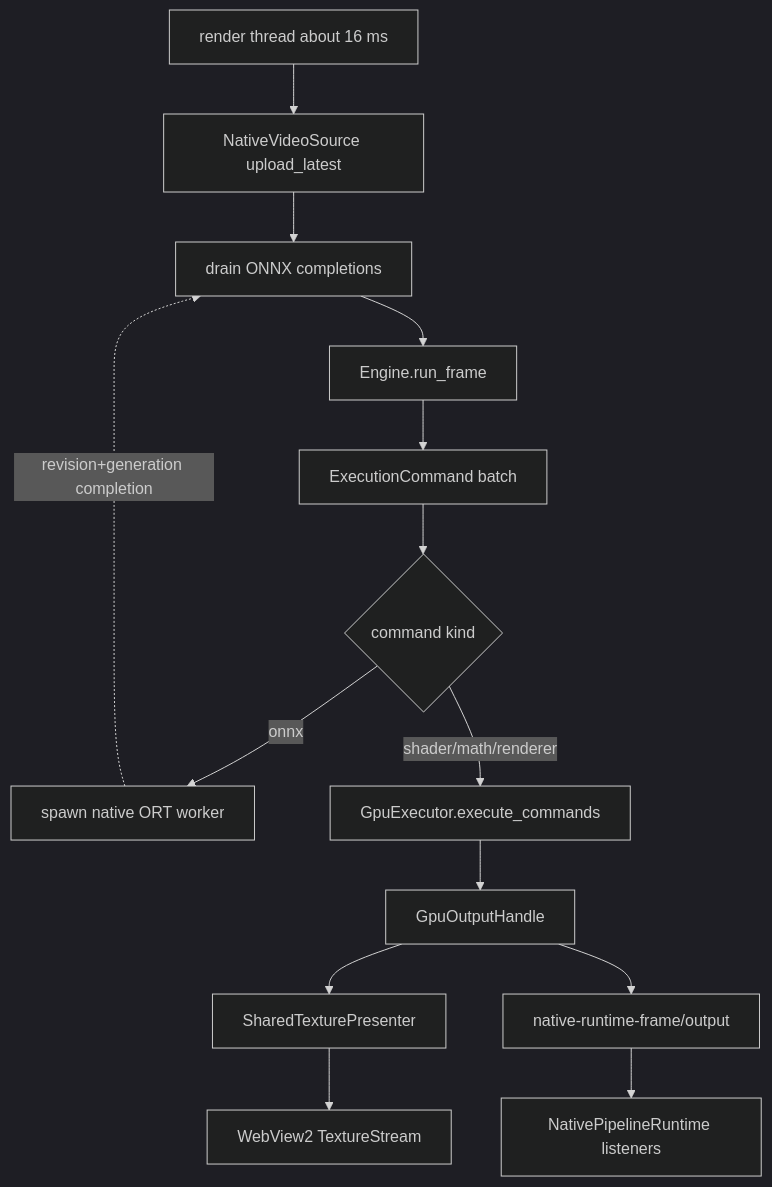
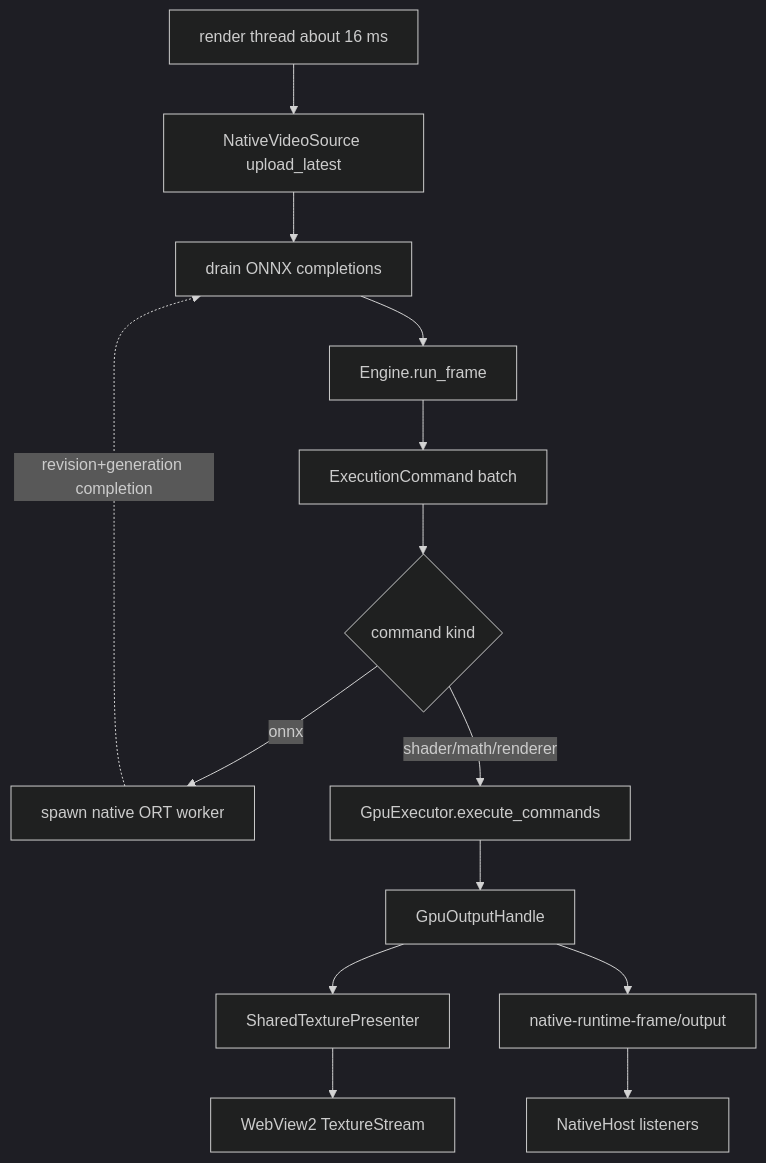
One commit to sanitor/open_quartz changed diagram 11 of 12 in docs/DESIGN.md. Above: the diagram before and after it, drawn with Mermaid (dark theme). The commit also changed other lines of this file, not shown here.

Commit message:
docs: update architecture baseline and thin TypeScript roadmap

````diff
--- a/docs/DESIGN.md
+++ b/docs/DESIGN.md
@@ -735,24 +955,24 @@
 ```mermaid
 flowchart TD
     Tick[render thread about 16 ms]
     Video[NativeVideoSource upload_latest]
     Completion[drain ONNX completions]
     Engine[Engine.run_frame]
     Commands[ExecutionCommand batch]
     Split{command kind}
     Ort[spawn native ORT worker]
     Gpu[GpuExecutor.execute_commands]
     Output[GpuOutputHandle]
     Presenter[SharedTexturePresenter]
     Meta[native-runtime-frame/output]
 
     Tick --> Video --> Completion --> Engine --> Commands --> Split
     Split -->|onnx| Ort
     Split -->|shader/math/renderer| Gpu
     Ort -. revision+generation completion .-> Completion
     Gpu --> Output
     Output --> Presenter
     Output --> Meta
     Presenter --> TextureStream[WebView2 TextureStream]
-    Meta --> Listener[NativePipelineRuntime listeners]
+    Meta --> Listener[NativeHost listeners]
 ```
````
